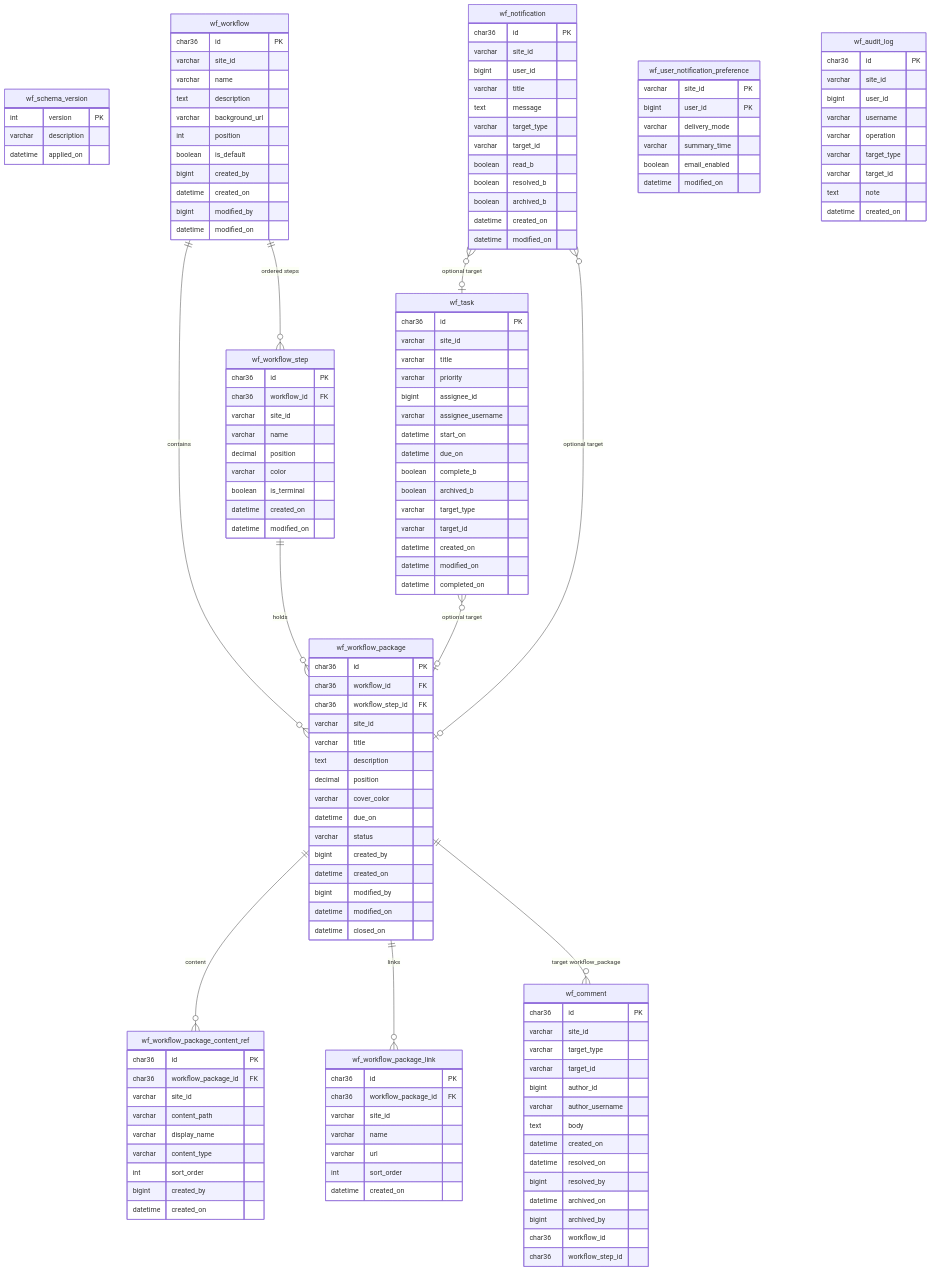
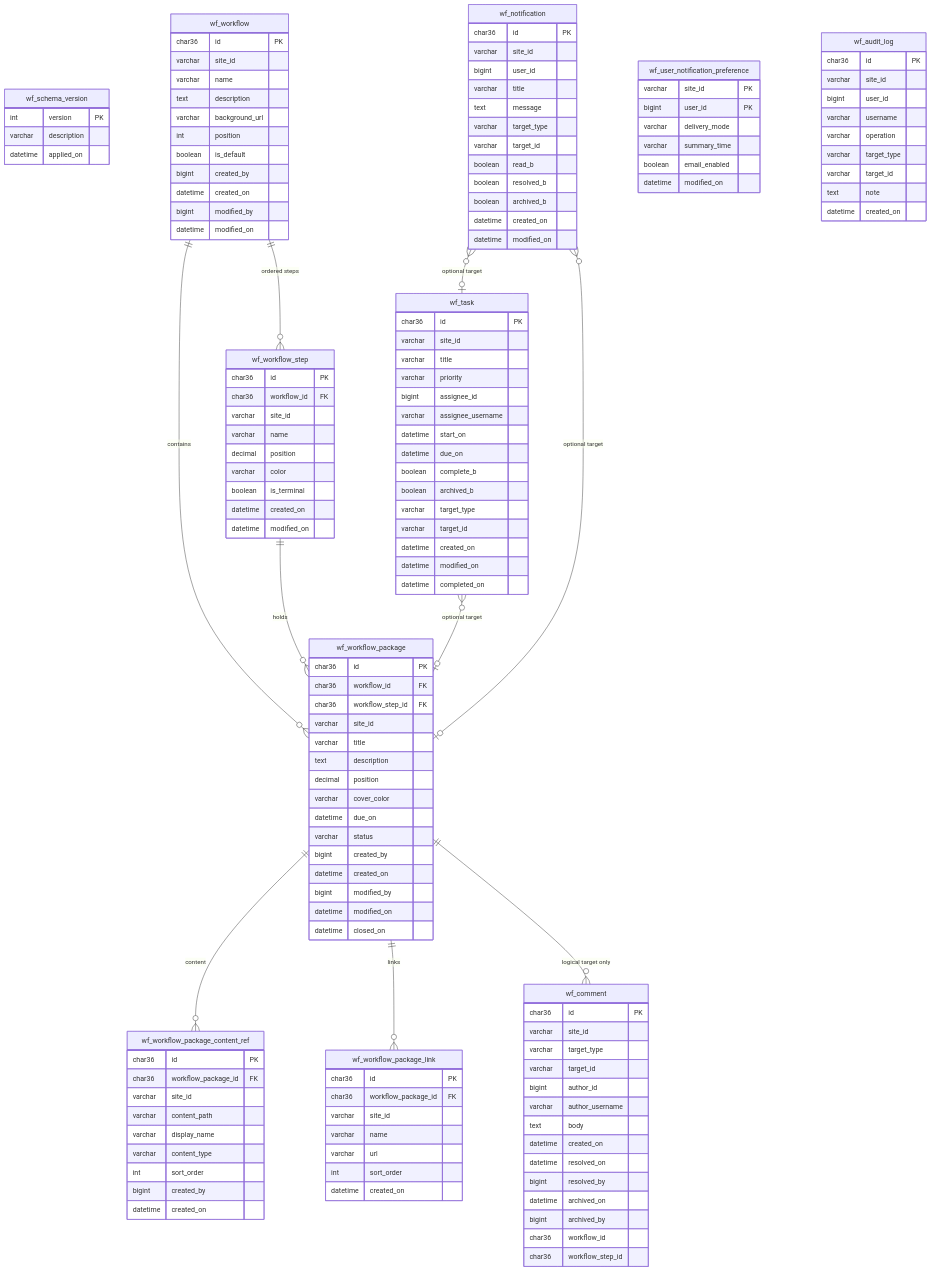
One commit to russdanner/plugin-studio-workflow changed the first of 3 diagrams in docs/DATABASE_SCHEMA.md. Above: the diagram before and after it, drawn with Mermaid. The commit also changed other lines of this file and 7 other files, not shown here.

```diff
--- a/docs/DATABASE_SCHEMA.md
+++ b/docs/DATABASE_SCHEMA.md
@@ -181,7 +181,7 @@
     wf_workflow_step ||--o{ wf_workflow_package : holds
     wf_workflow_package ||--o{ wf_workflow_package_content_ref : content
     wf_workflow_package ||--o{ wf_workflow_package_link : links
-    wf_workflow_package ||--o{ wf_comment : "target workflow_package"
+    wf_workflow_package ||--o{ wf_comment : "logical target only"
     wf_task }o--o| wf_workflow_package : "optional target"
     wf_notification }o--o| wf_workflow_package : "optional target"
     wf_notification }o--o| wf_task : "optional target"
```
